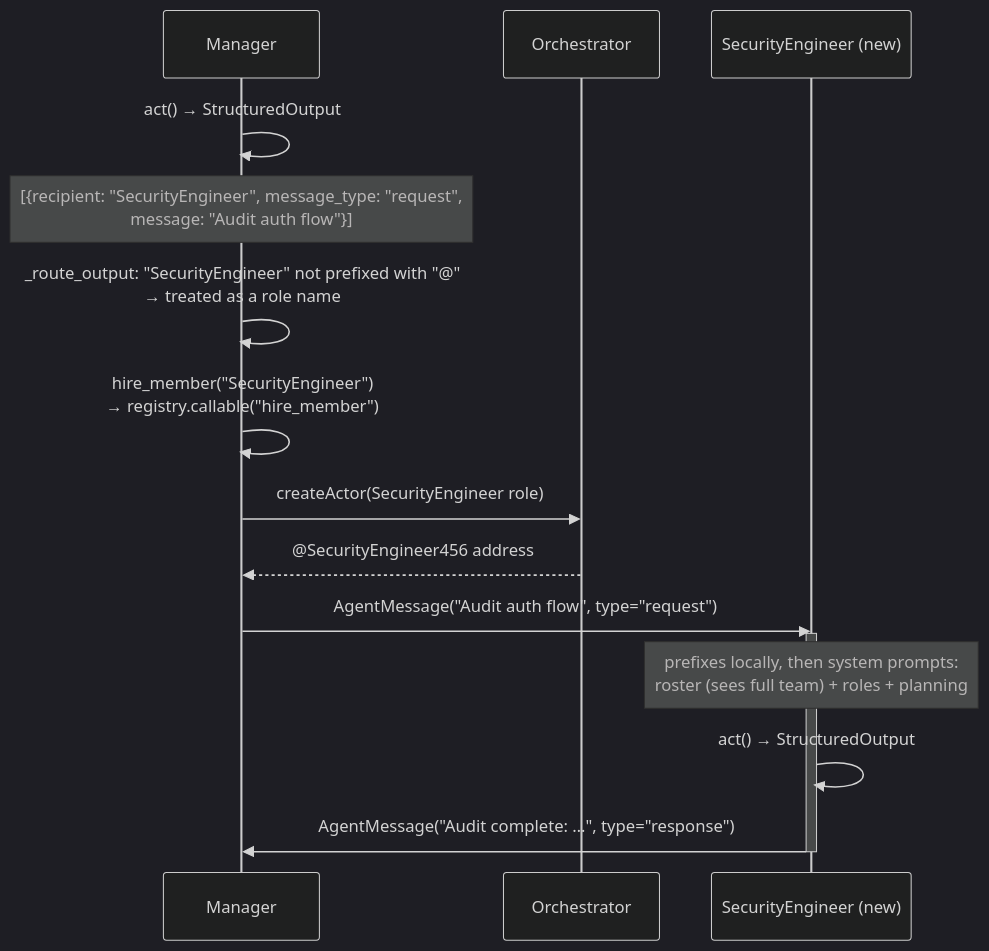
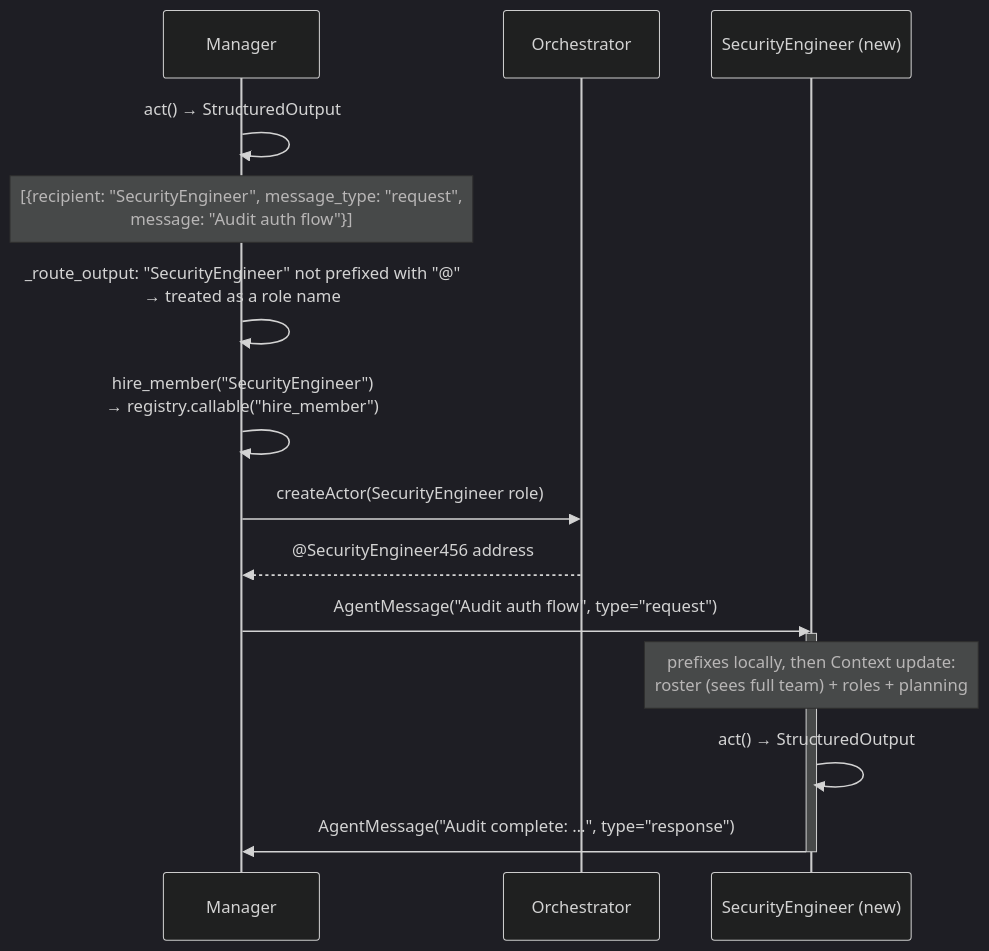
The fourth of 5 diagrams in docs/agent-collaboration.md (b12consulting/akgentic-agent), drawn with Mermaid (dark theme) before and after one commit. The commit also changed other lines of this file and 1 other file, not shown here.

````diff
--- a/docs/agent-collaboration.md
+++ b/docs/agent-collaboration.md
@@ -460,19 +508,19 @@
 ```mermaid
 sequenceDiagram
     participant Manager
     participant Orchestrator
     participant NewActor as SecurityEngineer (new)
 
     Manager->>Manager: act() → StructuredOutput
     Note over Manager: [{recipient: "SecurityEngineer", message_type: "request",<br/>message: "Audit auth flow"}]
     Manager->>Manager: _route_output: "SecurityEngineer" not prefixed with "@"<br/>→ treated as a role name
     Manager->>Manager: hire_member("SecurityEngineer")<br/>→ registry.callable("hire_member")
     Manager->>Orchestrator: createActor(SecurityEngineer role)
     Orchestrator-->>Manager: @SecurityEngineer456 address
     Manager->>NewActor: AgentMessage("Audit auth flow", type="request")
     activate NewActor
-    Note over NewActor: prefixes locally, then system prompts:<br/>roster (sees full team) + roles + planning
+    Note over NewActor: prefixes locally, then Context update:<br/>roster (sees full team) + roles + planning
     NewActor->>NewActor: act() → StructuredOutput
     NewActor->>Manager: AgentMessage("Audit complete: …", type="response")
     deactivate NewActor
 ```
````
